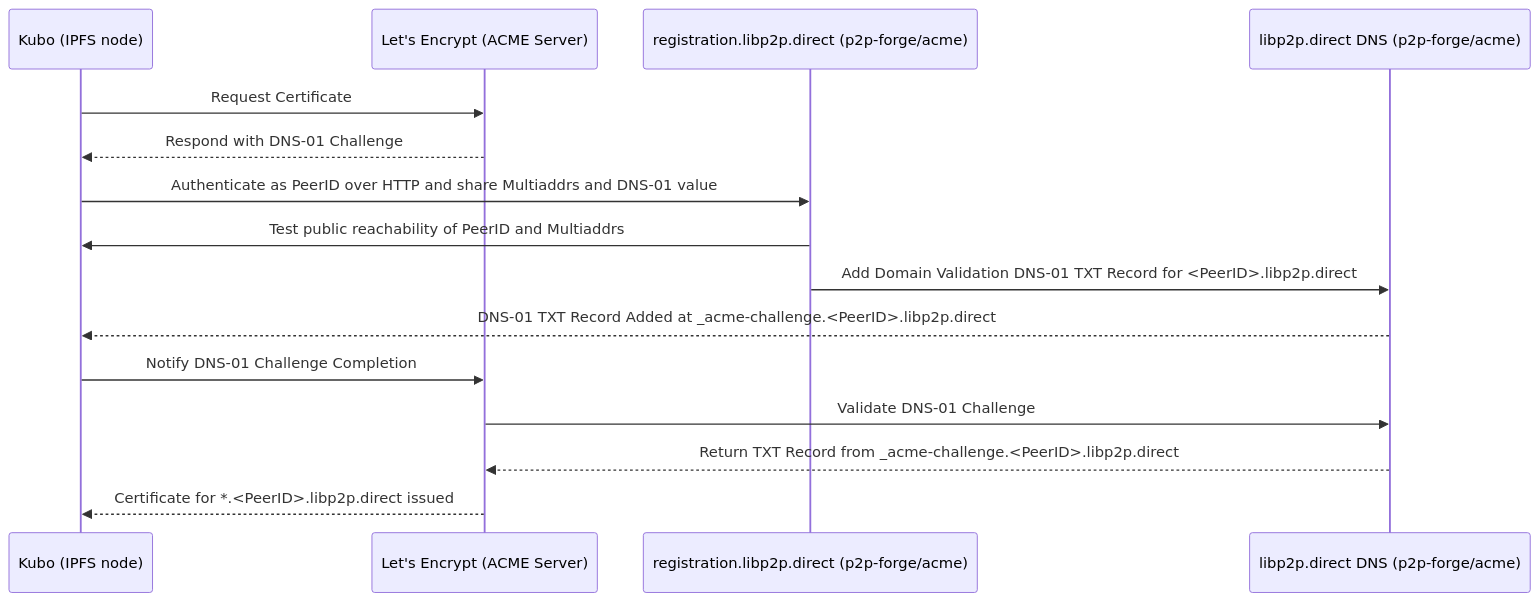
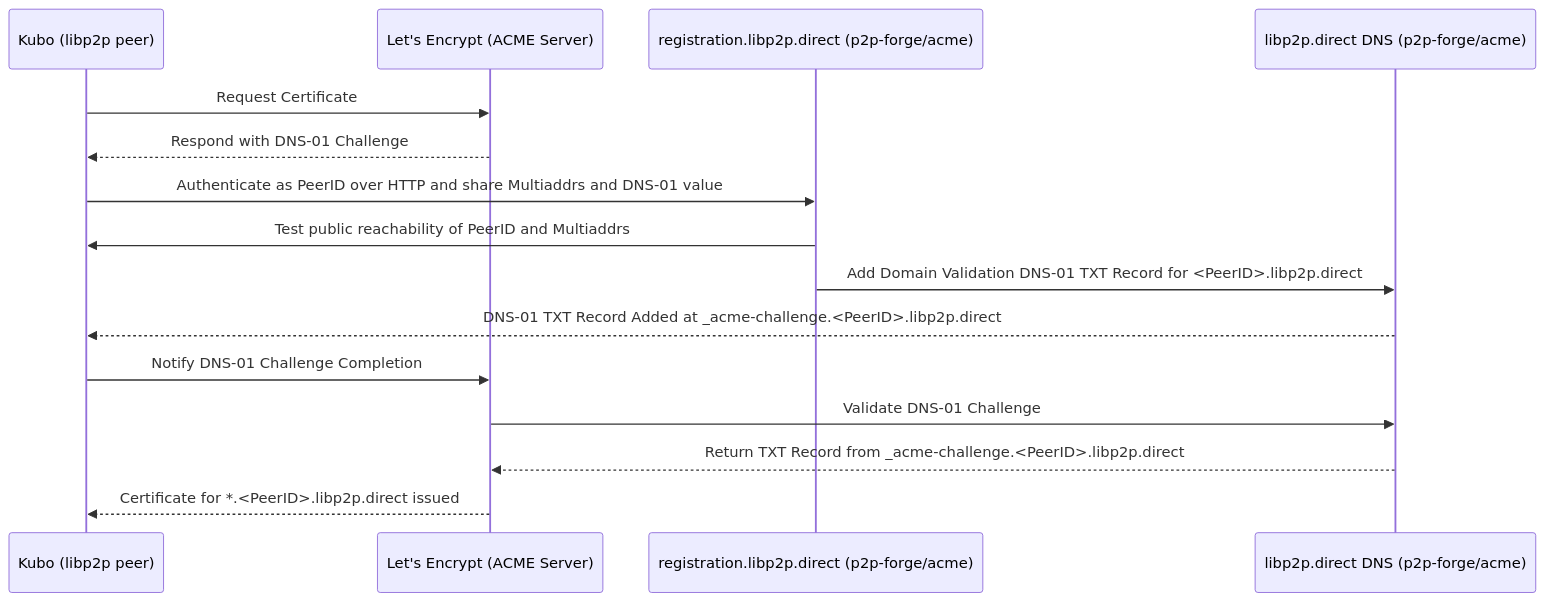
The first of 2 diagrams in README.md (ipshipyard/p2p-forge), drawn with Mermaid before and after one commit. The commit also changed other lines of this file, not shown here.

Commit message:
docs: apply suggestions from code review

````diff
--- a/README.md
+++ b/README.md
@@ -16,22 +16,22 @@
 ```mermaid
 sequenceDiagram
-    participant Client as Kubo (IPFS node)
+    participant Client as Kubo (libp2p peer)
     participant LE as Let's Encrypt (ACME Server)
     participant Registration as registration.libp2p.direct (p2p-forge/acme)
     participant DNS as libp2p.direct DNS (p2p-forge/acme)
 
     Client->>LE: Request Certificate
     LE-->>Client: Respond with DNS-01 Challenge
 
     Client->>Registration: Authenticate as PeerID over HTTP and share Multiaddrs and DNS-01 value
     Registration->>Client: Test public reachability of PeerID and Multiaddrs
 
     Registration->>DNS: Add Domain Validation DNS-01 TXT Record for <PeerID>.libp2p.direct
     DNS-->>Client: DNS-01 TXT Record Added at _acme-challenge.<PeerID>.libp2p.direct
 
     Client->>LE: Notify DNS-01 Challenge Completion
     LE->>DNS: Validate DNS-01 Challenge
     DNS-->>LE: Return TXT Record from _acme-challenge.<PeerID>.libp2p.direct
 
     LE-->>Client: Certificate for *.<PeerID>.libp2p.direct issued
 ```
````
